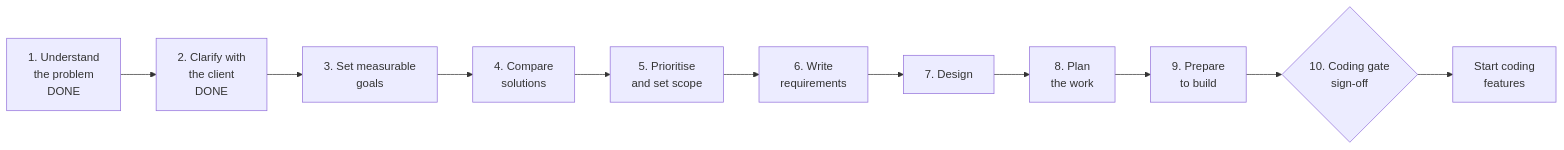
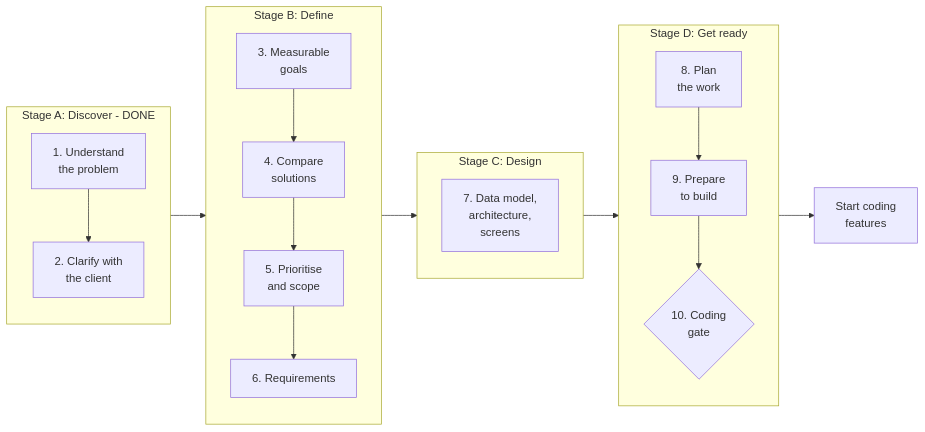
The diagram in docs/Pre-Coding-Roadmap.md (shashankgusain2-glitch/AwardApplication), drawn with Mermaid before and after one commit. The commit also changed other lines of this file, not shown here.

Commit message:
Group pre-coding steps into 4 stages: Discover, Define, Design, Get ready

````diff
--- a/docs/Pre-Coding-Roadmap.md
+++ b/docs/Pre-Coding-Roadmap.md
@@ -34,13 +43,16 @@
 ```mermaid
 flowchart LR
-    S1[1. Understand<br/>the problem<br/>DONE] --> S2[2. Clarify with<br/>the client<br/>DONE]
-    S2 --> S3[3. Set measurable<br/>goals]
-    S3 --> S4[4. Compare<br/>solutions]
-    S4 --> S5[5. Prioritise<br/>and set scope]
-    S5 --> S6[6. Write<br/>requirements]
-    S6 --> S7[7. Design]
-    S7 --> S8[8. Plan<br/>the work]
-    S8 --> S9[9. Prepare<br/>to build]
-    S9 --> G{10. Coding gate<br/>sign-off}
-    G --> C[Start coding<br/>features]
+    subgraph A[Stage A: Discover - DONE]
+        S1[1. Understand<br/>the problem] --> S2[2. Clarify with<br/>the client]
+    end
+    subgraph B[Stage B: Define]
+        S3[3. Measurable<br/>goals] --> S4[4. Compare<br/>solutions] --> S5[5. Prioritise<br/>and scope] --> S6[6. Requirements]
+    end
+    subgraph C[Stage C: Design]
+        S7[7. Data model,<br/>architecture,<br/>screens]
+    end
+    subgraph D[Stage D: Get ready]
+        S8[8. Plan<br/>the work] --> S9[9. Prepare<br/>to build] --> G{10. Coding<br/>gate}
+    end
+    A --> B --> C --> D --> CODE[Start coding<br/>features]
 ```
````
